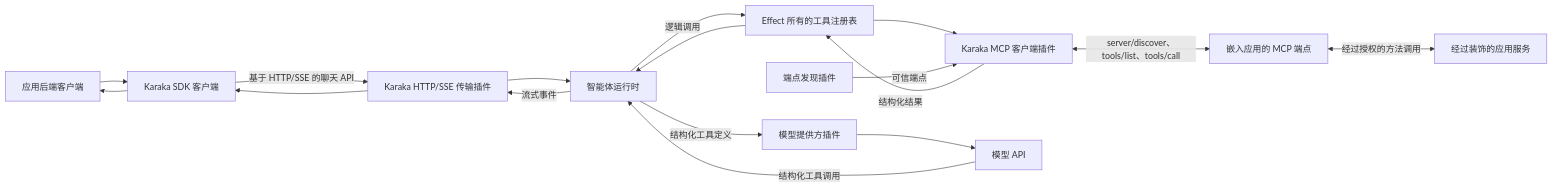
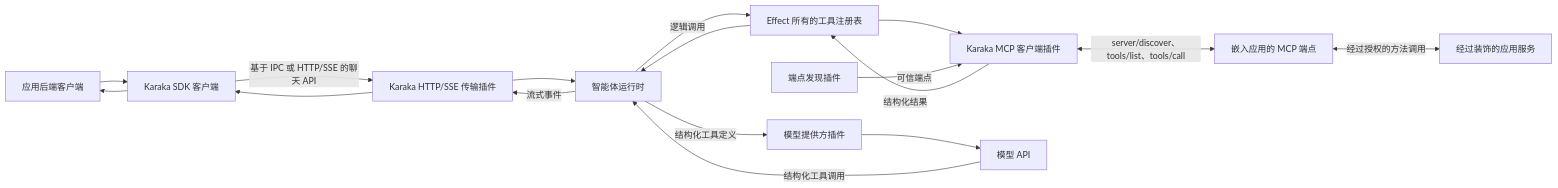
One commit to karaka-ai/karaka changed the diagram in docs/tool-architecture.zh.md. Above: the diagram before and after it, drawn with Mermaid. The commit also changed other lines of this file and 5 other files, not shown here.

````diff
--- a/docs/tool-architecture.zh.md
+++ b/docs/tool-architecture.zh.md
@@ -76,24 +78,24 @@
 ```mermaid
 flowchart LR
   App["应用后端客户端"]
   SDKClient["Karaka SDK 客户端"]
   Transport["Karaka HTTP/SSE 传输插件"]
   Runtime["智能体运行时"]
   Registry["Effect 所有的工具注册表"]
   MCPClient["Karaka MCP 客户端插件"]
   EndpointDiscovery["端点发现插件"]
   MCPServer["嵌入应用的 MCP 端点"]
   Services["经过装饰的应用服务"]
   Adapter["模型提供方插件"]
   Model["模型 API"]
 
-  App --> SDKClient -->|基于 HTTP/SSE 的聊天 API| Transport --> Runtime
+  App --> SDKClient -->|基于 IPC 或 HTTP/SSE 的聊天 API| Transport --> Runtime
   Runtime -->|结构化工具定义| Adapter --> Model
   Model -->|结构化工具调用| Runtime
   Runtime -->|逻辑调用| Registry --> MCPClient
   EndpointDiscovery -->|可信端点| MCPClient
   MCPClient <-->|server/discover、tools/list、tools/call| MCPServer
   MCPServer <-->|经过授权的方法调用| Services
   MCPClient -->|结构化结果| Registry --> Runtime
   Runtime -->|流式事件| Transport --> SDKClient --> App
 ```
````
